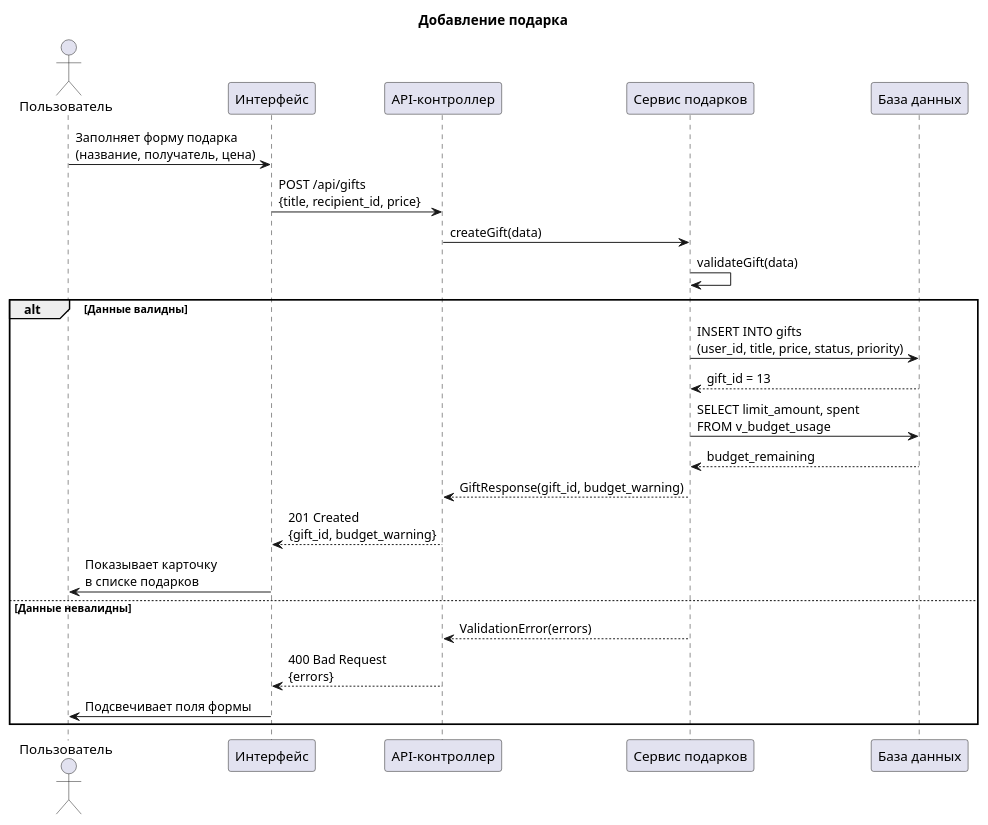
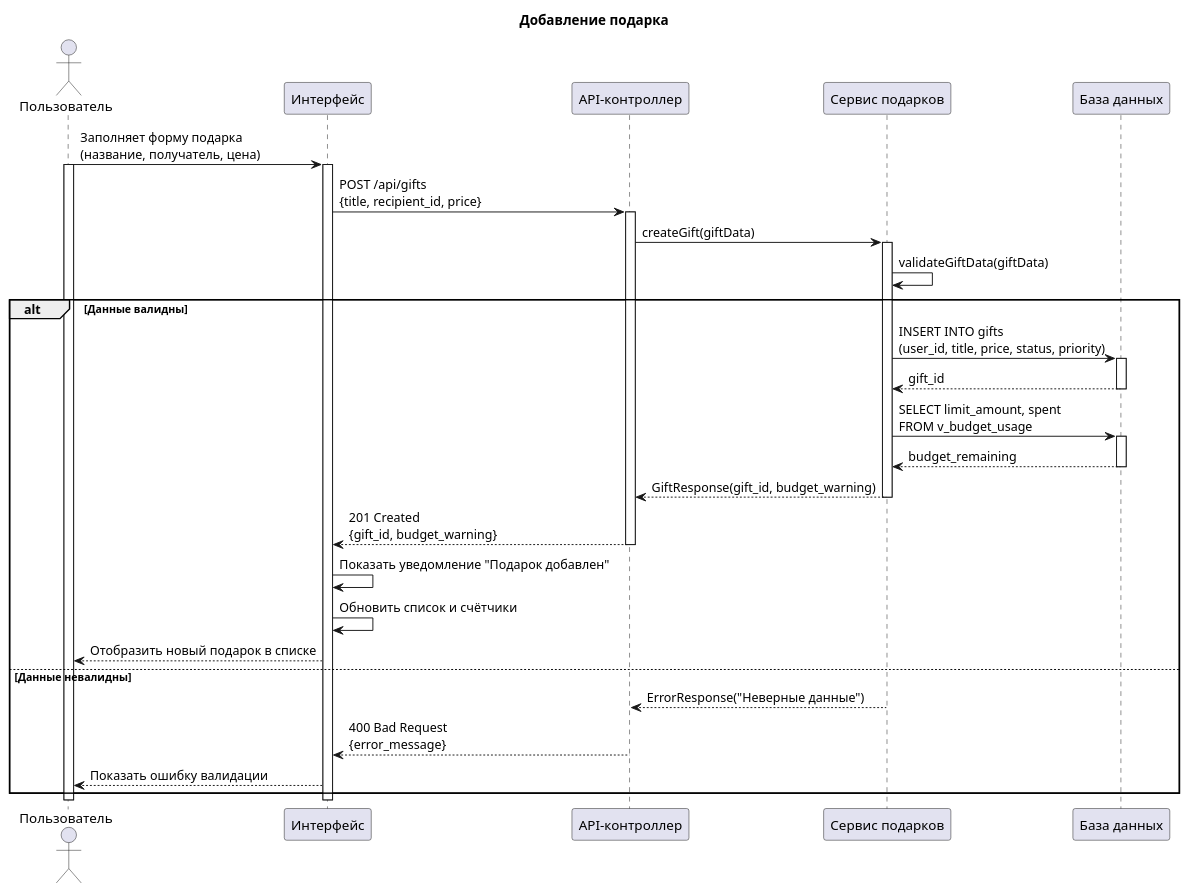
The diagram in docs/behavior/sequence/add_gift_sequence.puml (dimasutjrin-coder/Planirivhik-podarkov), drawn with PlantUML before and after one commit. The commit also changed 15 other files, not shown here.

Commit message:
docs: PlantUML-диаграммы с активациями и обновлённая документация поведения (ЛР5)

```diff
--- a/docs/behavior/sequence/add_gift_sequence.puml
+++ b/docs/behavior/sequence/add_gift_sequence.puml
@@ -1,32 +1,48 @@
 @startuml Add_Gift_Sequence
 ' Сценарий 1: добавление подарка
-' Рендер: plantuml -tpng add_gift_sequence.puml
+' Рендер: plantuml -tpng -tsvg add_gift_sequence.puml
 
 title Добавление подарка
 
 actor "Пользователь" as User
 participant "Интерфейс" as UI
 participant "API-контроллер" as Controller
 participant "Сервис подарков" as GiftService
 participant "База данных" as DB
 
 User -> UI: Заполняет форму подарка\n(название, получатель, цена)
+activate User
+activate UI
 UI -> Controller: POST /api/gifts\n{title, recipient_id, price}
-Controller -> GiftService: createGift(data)
-GiftService -> GiftService: validateGift(data)
+activate Controller
+Controller -> GiftService: createGift(giftData)
+activate GiftService
+GiftService -> GiftService: validateGiftData(giftData)
 
 alt Данные валидны
   GiftService -> DB: INSERT INTO gifts\n(user_id, title, price, status, priority)
-  DB --> GiftService: gift_id = 13
+  activate DB
+  DB --> GiftService: gift_id
+  deactivate DB
   GiftService -> DB: SELECT limit_amount, spent\nFROM v_budget_usage
+  activate DB
   DB --> GiftService: budget_remaining
+  deactivate DB
   GiftService --> Controller: GiftResponse(gift_id, budget_warning)
+  deactivate GiftService
   Controller --> UI: 201 Created\n{gift_id, budget_warning}
-  UI -> User: Показывает карточку\nв списке подарков
+  deactivate Controller
+  UI -> UI: Показать уведомление "Подарок добавлен"
+  UI -> UI: Обновить список и счётчики
+  UI --> User: Отобразить новый подарок в списке
 else Данные невалидны
-  GiftService --> Controller: ValidationError(errors)
-  Controller --> UI: 400 Bad Request\n{errors}
-  UI -> User: Подсвечивает поля формы
+  GiftService --> Controller: ErrorResponse("Неверные данные")
+  deactivate GiftService
+  Controller --> UI: 400 Bad Request\n{error_message}
+  deactivate Controller
+  UI --> User: Показать ошибку валидации
 end
 
+deactivate UI
+deactivate User
 @enduml
```
